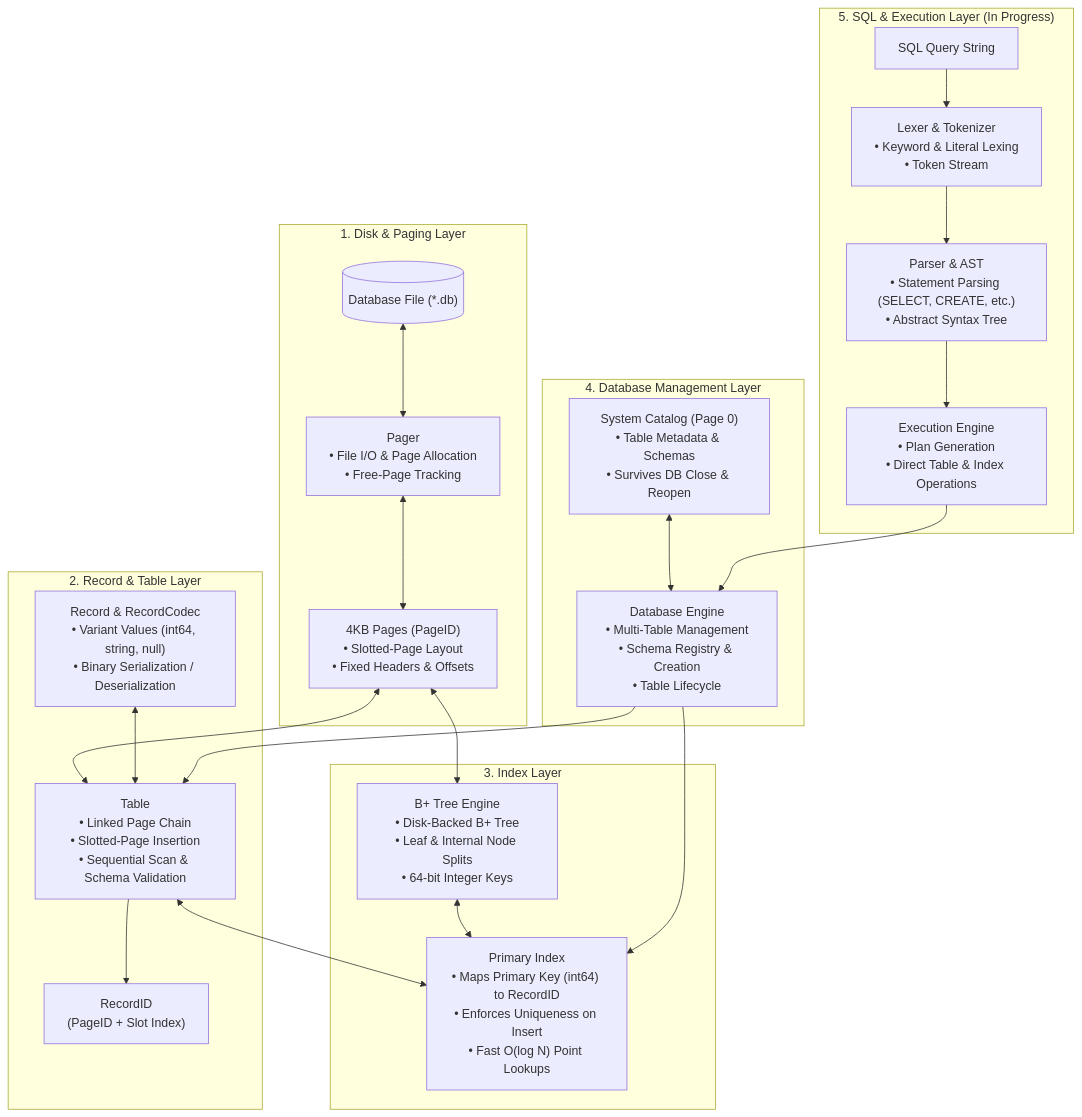
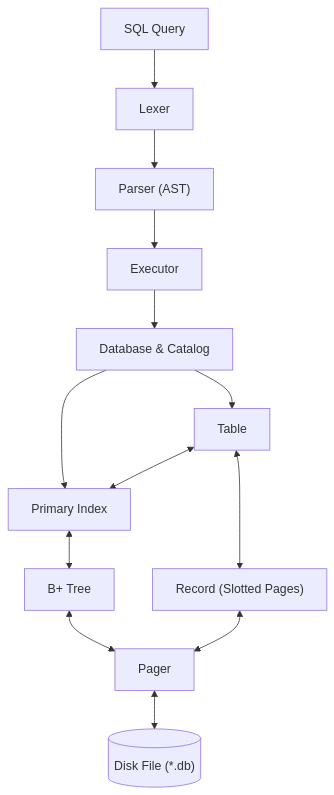
The diagram in README.md (KAAZamapiloT/QUARTZ_DB), drawn with Mermaid before and after one commit.

````diff
--- a/README.md
+++ b/README.md
@@ -11,46 +11,19 @@
 ```mermaid
 flowchart TD
-    subgraph DiskStorage["1. Disk & Paging Layer"]
-        Disk[("Database File (*.db)")]
-        Pager["Pager<br/>• File I/O & Page Allocation<br/>• Free-Page Tracking"]
-        Pages["4KB Pages (PageID)<br/>• Slotted-Page Layout<br/>• Fixed Headers & Offsets"]
-        Disk <--> Pager
-        Pager <--> Pages
-    end
+    SQL["SQL Query"] --> Lexer["Lexer"]
+    Lexer --> Parser["Parser (AST)"]
+    Parser --> Executor["Executor"]
+    Executor --> Database["Database & Catalog"]
 
-    subgraph DataStorage["2. Record & Table Layer"]
-        Record["Record & RecordCodec<br/>• Variant Values (int64, string, null)<br/>• Binary Serialization / Deserialization"]
-        Table["Table<br/>• Linked Page Chain<br/>• Slotted-Page Insertion<br/>• Sequential Scan & Schema Validation"]
-        RecordID["RecordID<br/>(PageID + Slot Index)"]
-        Pages <--> Table
-        Record <--> Table
-        Table --> RecordID
-    end
+    Database --> Table["Table"]
+    Database --> PrimaryIndex["Primary Index"]
 
-    subgraph Indexing["3. Index Layer"]
-        BPlusTree["B+ Tree Engine<br/>• Disk-Backed B+ Tree<br/>• Leaf & Internal Node Splits<br/>• 64-bit Integer Keys"]
-        PrimaryIndex["Primary Index<br/>• Maps Primary Key (int64) to RecordID<br/>• Enforces Uniqueness on Insert<br/>• Fast O(log N) Point Lookups"]
-        Pages <--> BPlusTree
-        BPlusTree <--> PrimaryIndex
-        Table <--> PrimaryIndex
-    end
+    Table <--> PrimaryIndex
+    PrimaryIndex <--> BPlusTree["B+ Tree"]
 
-    subgraph CatalogManagement["4. Database Management Layer"]
-        Catalog["System Catalog (Page 0)<br/>• Table Metadata & Schemas<br/>• Survives DB Close & Reopen"]
-        Database["Database Engine<br/>• Multi-Table Management<br/>• Schema Registry & Creation<br/>• Table Lifecycle"]
-        Catalog <--> Database
-        Database --> Table
-        Database --> PrimaryIndex
-    end
+    Table <--> Record["Record (Slotted Pages)"]
+    BPlusTree <--> Pager["Pager"]
+    Record <--> Pager
 
-    subgraph SQLExecution["5. SQL & Execution Layer (In Progress)"]
-        SQLQuery["SQL Query String"]
-        Lexer["Lexer & Tokenizer<br/>• Keyword & Literal Lexing<br/>• Token Stream"]
-        Parser["Parser & AST<br/>• Statement Parsing (SELECT, CREATE, etc.)<br/>• Abstract Syntax Tree"]
-        Executor["Execution Engine<br/>• Plan Generation<br/>• Direct Table & Index Operations"]
-        SQLQuery --> Lexer
-        Lexer --> Parser
-        Parser --> Executor
-        Executor --> Database
-    end
+    Pager <--> Disk[("Disk File (*.db)")]
 ```
````
